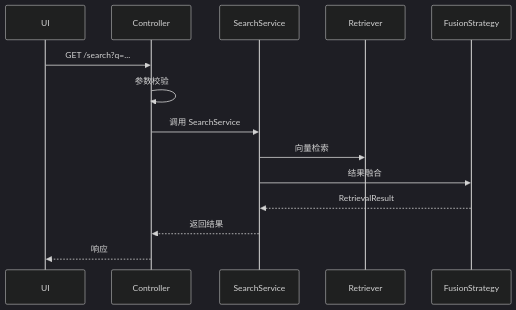
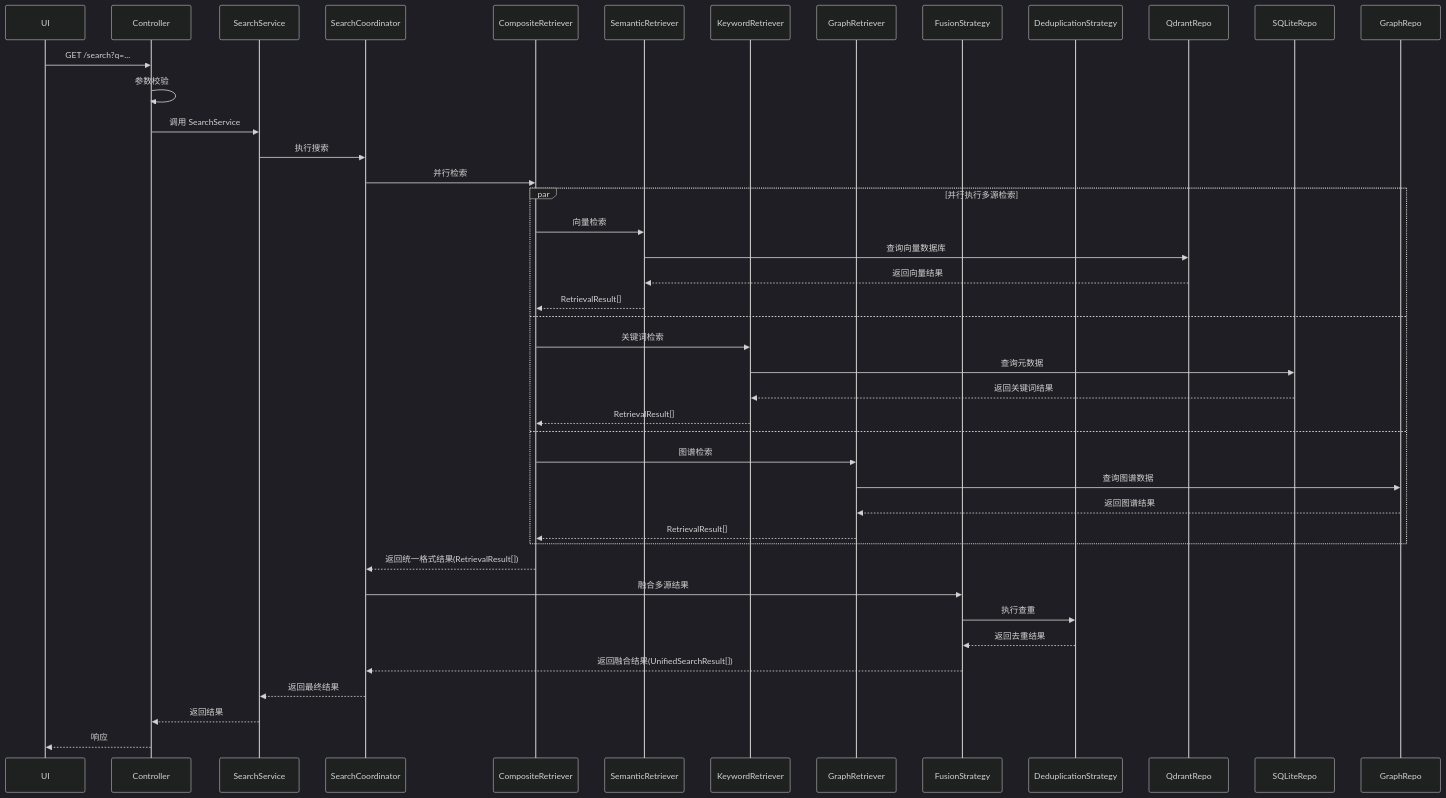
One commit to Undefine-Innovation/Qdrant_LiteRAGMCP changed the third of 4 diagrams in Qdrant_Insertor/docs/Architecture/Archtecture_Latest.md. Above: the diagram before and after it, drawn with Mermaid (dark theme). The commit also changed other lines of this file and 20 other files, not shown here.

Commit message:
docs(api): update openapi documentation and architecture guides

````diff
--- a/Qdrant_Insertor/docs/Architecture/Archtecture_Latest.md
+++ b/Qdrant_Insertor/docs/Architecture/Archtecture_Latest.md
@@ -258,17 +336,46 @@
 ```mermaid
 sequenceDiagram
     participant UI
     participant API as Controller
     participant SearchService
-    participant Retriever
+    participant SearchCoordinator
+    participant CompositeRetriever
+    participant SemanticRetriever
+    participant KeywordRetriever
+    participant GraphRetriever
     participant FusionStrategy
+    participant DeduplicationStrategy
+    participant QdrantRepo
+    participant SQLiteRepo
+    participant GraphRepo
 
     UI->>API: GET /search?q=...
     API->>API: 参数校验
     API->>SearchService: 调用 SearchService
-    SearchService->>Retriever: 向量检索
-    SearchService->>FusionStrategy: 结果融合
-    FusionStrategy-->>SearchService: RetrievalResult
+    SearchService->>SearchCoordinator: 执行搜索
+    SearchCoordinator->>CompositeRetriever: 并行检索
+    par 并行执行多源检索
+        CompositeRetriever->>SemanticRetriever: 向量检索
+        SemanticRetriever->>QdrantRepo: 查询向量数据库
+        QdrantRepo-->>SemanticRetriever: 返回向量结果
+        SemanticRetriever-->>CompositeRetriever: RetrievalResult[]
+    and
+        CompositeRetriever->>KeywordRetriever: 关键词检索
+        KeywordRetriever->>SQLiteRepo: 查询元数据
+        SQLiteRepo-->>KeywordRetriever: 返回关键词结果
+        KeywordRetriever-->>CompositeRetriever: RetrievalResult[]
+    and
+        CompositeRetriever->>GraphRetriever: 图谱检索
+        GraphRetriever->>GraphRepo: 查询图谱数据
+        GraphRepo-->>GraphRetriever: 返回图谱结果
+        GraphRetriever-->>CompositeRetriever: RetrievalResult[]
+    end
+    CompositeRetriever-->>SearchCoordinator: 返回统一格式结果(RetrievalResult[])
+    SearchCoordinator->>FusionStrategy: 融合多源结果
+    FusionStrategy->>DeduplicationStrategy: 执行查重
+    DeduplicationStrategy-->>FusionStrategy: 返回去重结果
+    FusionStrategy-->>SearchCoordinator: 返回融合结果(UnifiedSearchResult[])
+    SearchCoordinator-->>SearchService: 返回最终结果
     SearchService-->>API: 返回结果
     API-->>UI: 响应
 ```
````
